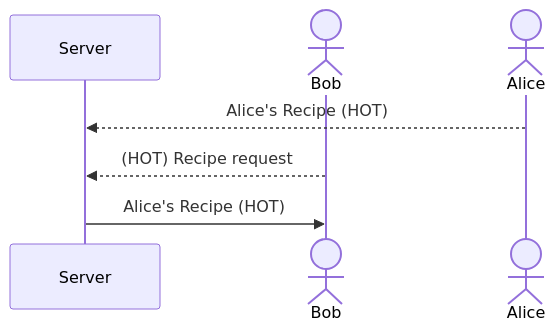
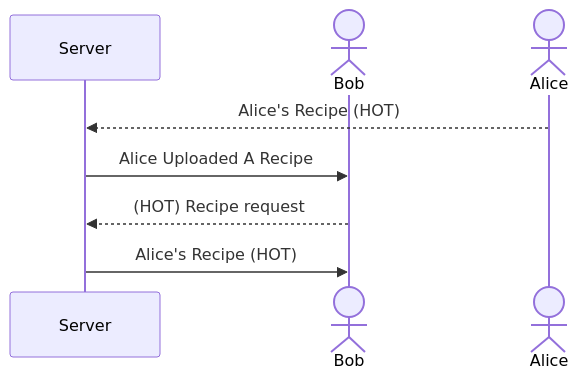
Before and after one commit to esenecal/startup: the diagram in README.md, drawn with Mermaid. The commit also changed other lines of this file and 1 other file, not shown here.

````diff
--- a/README.md
+++ b/README.md
@@ -45,9 +28,10 @@
 ```mermaid
 sequenceDiagram
     participant Server
     Actor Bob
     actor Alice
     Alice-->>Server: Alice's Recipe (HOT)
-    Bob-->>Server:(HOT) Recipe request
+    Server->>Bob: Alice Uploaded A Recipe
+    Bob-->>Server: (HOT) Recipe request
     Server->>Bob: Alice's Recipe (HOT)
 ```
````
